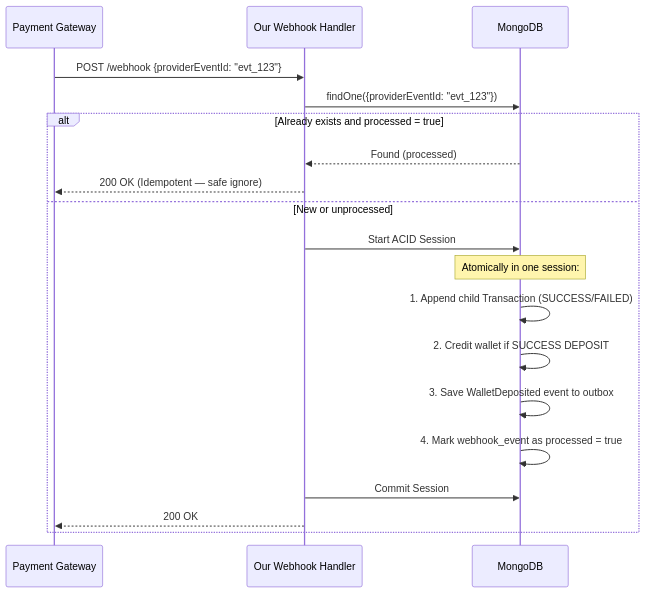
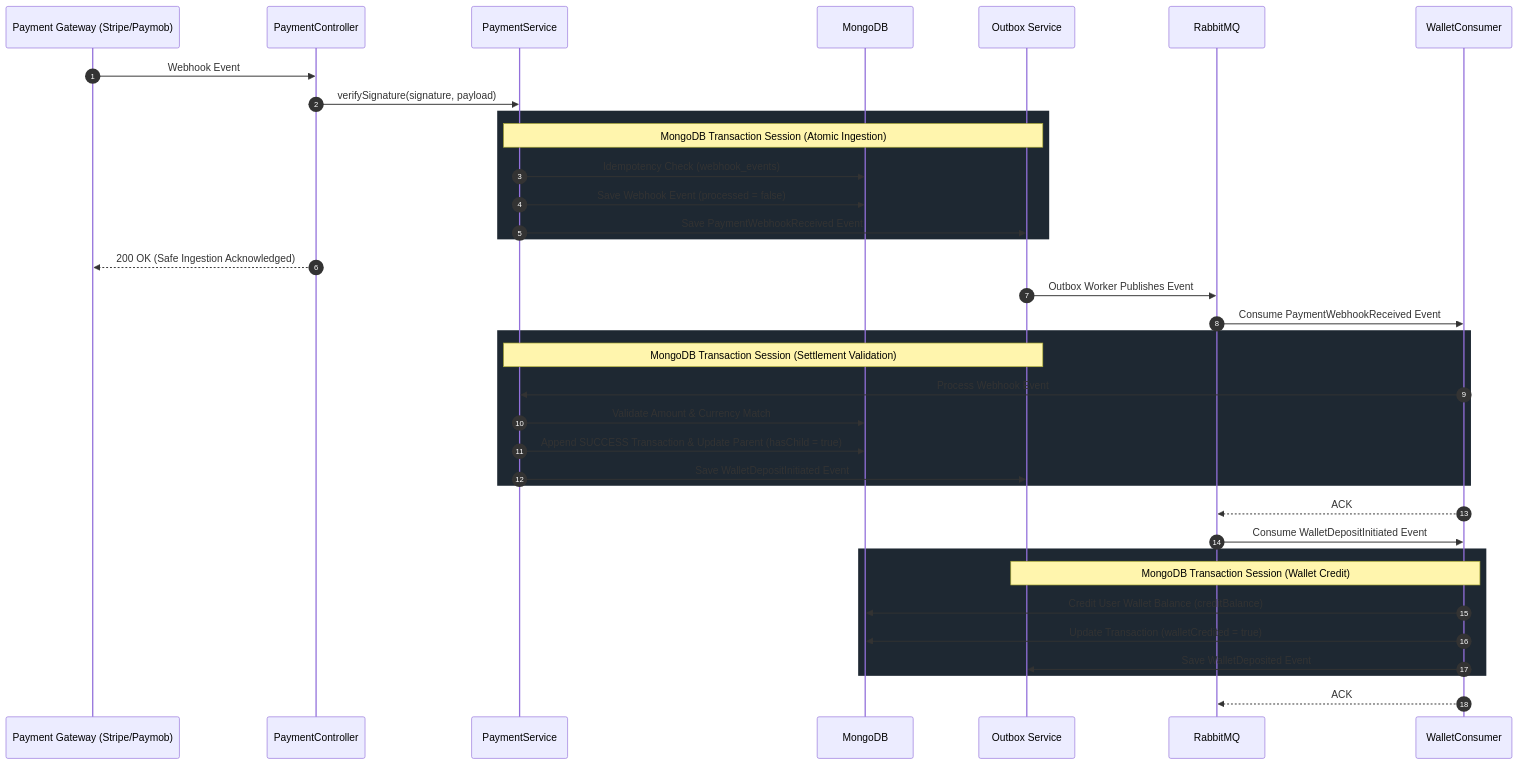
One commit to adhamdr1/mazadak-backend changed the second of 4 diagrams in README.md. Above: the diagram before and after it, drawn with Mermaid. The commit also changed other lines of this file and 29 other files, not shown here.

````diff
--- a/README.md
+++ b/README.md
@@ -190,23 +161,47 @@
 ```mermaid
 sequenceDiagram
-    participant PG as Payment Gateway
-    participant API as Our Webhook Handler
+    autonumber
+    participant PG as Payment Gateway (Stripe/Paymob)
+    participant Ctrl as PaymentController
+    participant Svc as PaymentService
     participant DB as MongoDB
+    participant Outbox as Outbox Service
+    participant RMQ as RabbitMQ
+    participant Consumer as WalletConsumer
 
-    PG->>API: POST /webhook {providerEventId: "evt_123"}
-    API->>DB: findOne({providerEventId: "evt_123"})
+    PG->>Ctrl: Webhook Event
+    Ctrl->>Svc: verifySignature(signature, payload)
     
-    alt Already exists and processed = true
-        DB-->>API: Found (processed)
-        API-->>PG: 200 OK (Idempotent — safe ignore)
-    else New or unprocessed
-        API->>DB: Start ACID Session
-        Note over DB: Atomically in one session:
-        DB->>DB: 1. Append child Transaction (SUCCESS/FAILED)
-        DB->>DB: 2. Credit wallet if SUCCESS DEPOSIT
-        DB->>DB: 3. Save WalletDeposited event to outbox
-        DB->>DB: 4. Mark webhook_event as processed = true
-        API->>DB: Commit Session
-        API-->>PG: 200 OK
+    rect rgb(30, 40, 50)
+        Note over Svc,Outbox: MongoDB Transaction Session (Atomic Ingestion)
+        Svc->>DB: Idempotency Check (webhook_events)
+        Svc->>DB: Save Webhook Event (processed = false)
+        Svc->>Outbox: Save PaymentWebhookReceived Event
     end
+
+    Ctrl-->>PG: 200 OK (Safe Ingestion Acknowledged)
+
+    Outbox->>RMQ: Outbox Worker Publishes Event
+    RMQ->>Consumer: Consume PaymentWebhookReceived Event
+
+    rect rgb(30, 40, 50)
+        Note over Svc,Outbox: MongoDB Transaction Session (Settlement Validation)
+        Consumer->>Svc: Process Webhook Event
+        Svc->>DB: Validate Amount & Currency Match
+        Svc->>DB: Append SUCCESS Transaction & Update Parent (hasChild = true)
+        Svc->>Outbox: Save WalletDepositInitiated Event
+    end
+
+    Consumer-->>RMQ: ACK
+
+    RMQ->>Consumer: Consume WalletDepositInitiated Event
+
+    rect rgb(30, 40, 50)
+        Note over Consumer,Outbox: MongoDB Transaction Session (Wallet Credit)
+        Consumer->>DB: Credit User Wallet Balance (creditBalance)
+        Consumer->>DB: Update Transaction (walletCredited = true)
+        Consumer->>Outbox: Save WalletDeposited Event
+    end
+
+    Consumer-->>RMQ: ACK
 ```
````
